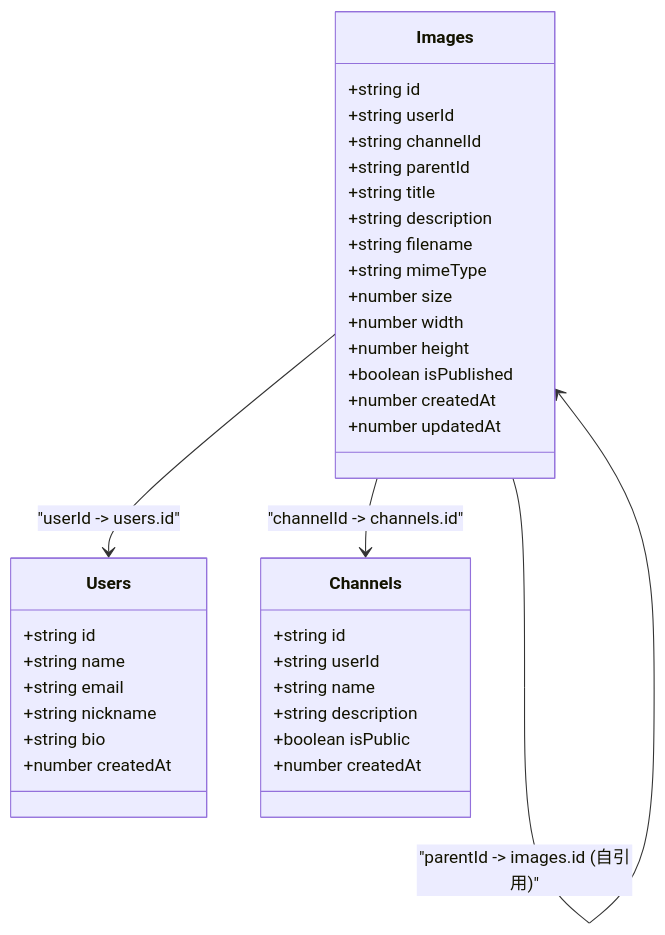
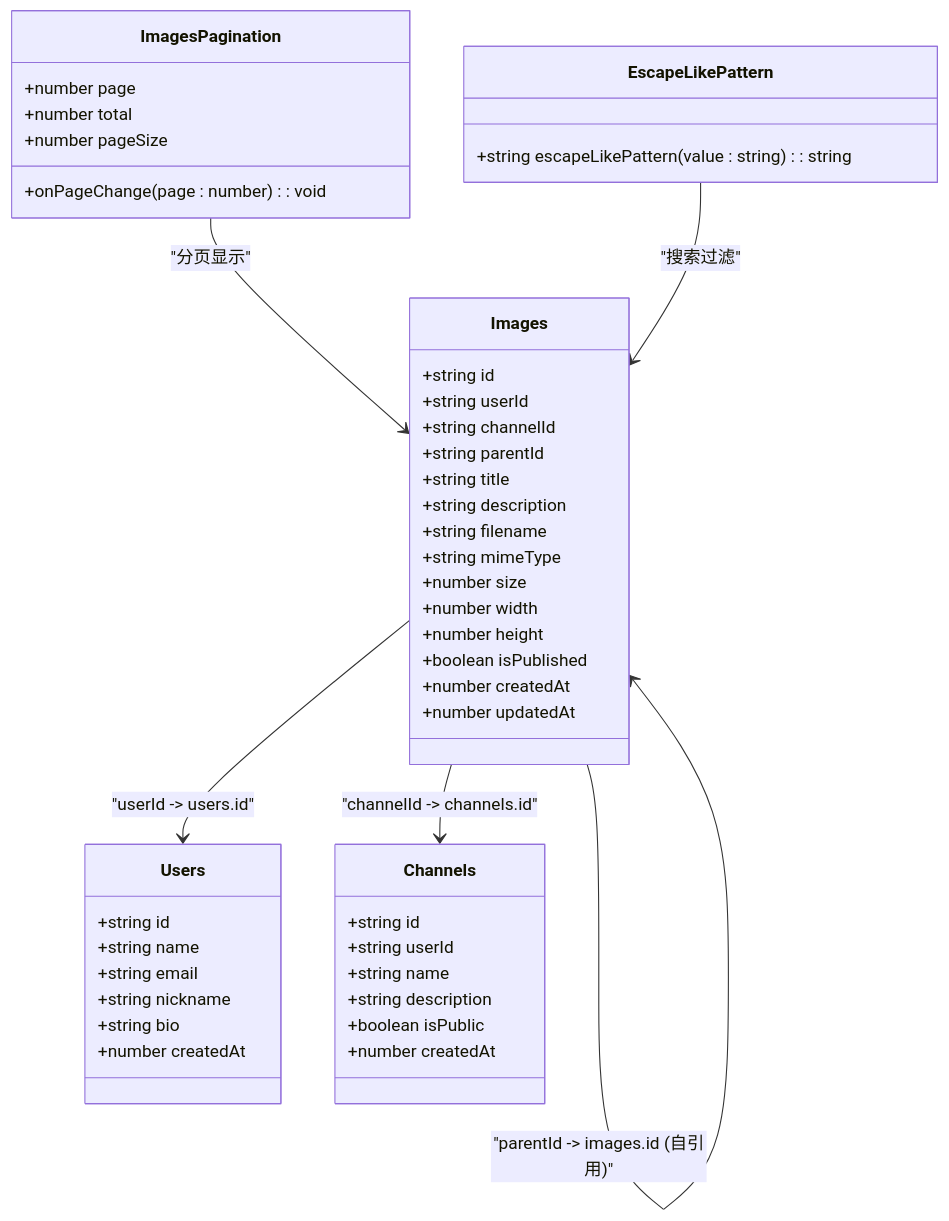
Before and after one commit to pnnh/weable: the third of 3 diagrams in .qoder/repowiki/zh/content/API 接口文档/图片管理 API.md, drawn with Mermaid. The commit also changed other lines of this file and 154 other files, not shown here.

````diff
--- a/.qoder/repowiki/zh/content/API 接口文档/图片管理 API.md
+++ b/.qoder/repowiki/zh/content/API 接口文档/图片管理 API.md
@@ -381,38 +412,49 @@
 ```mermaid
 classDiagram
 class Images {
 +string id
 +string userId
 +string channelId
 +string parentId
 +string title
 +string description
 +string filename
 +string mimeType
 +number size
 +number width
 +number height
 +boolean isPublished
 +number createdAt
 +number updatedAt
 }
 class Users {
 +string id
 +string name
 +string email
 +string nickname
 +string bio
 +number createdAt
 }
 class Channels {
 +string id
 +string userId
 +string name
 +string description
 +boolean isPublic
 +number createdAt
 }
+class EscapeLikePattern {
++string escapeLikePattern(value : string) : string
+}
+class ImagesPagination {
++number page
++number total
++number pageSize
++onPageChange(page : number) : void
+}
 Images --> Users : "userId -> users.id"
 Images --> Channels : "channelId -> channels.id"
 Images --> Images : "parentId -> images.id (自引用)"
+ImagesPagination --> Images : "分页显示"
+EscapeLikePattern --> Images : "搜索过滤"
 ```
````
